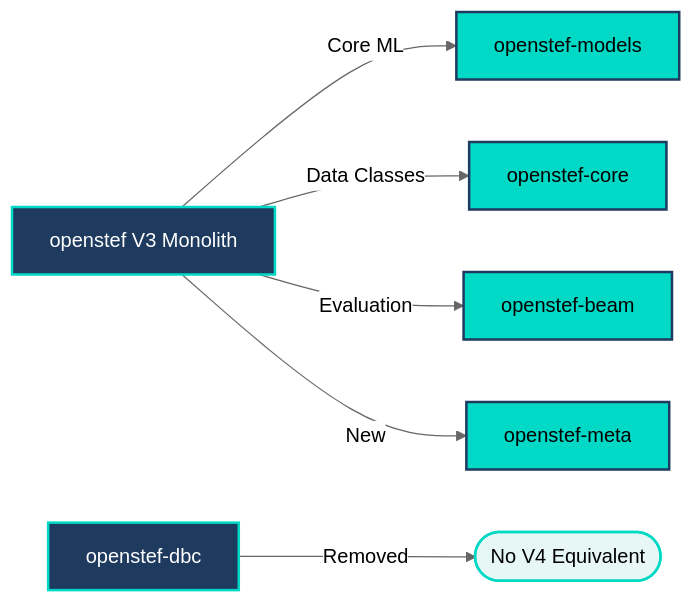
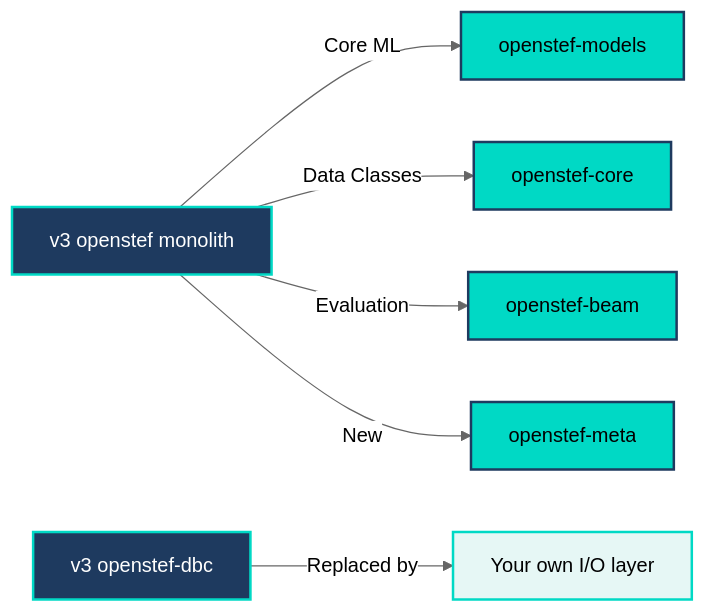
The diagram in docs/source/diagrams/user_guide/getting_started/migration_diagram_1.mmd (OpenSTEF/openstef), drawn with Mermaid (neutral theme) before and after one commit. The commit also changed 7 other files, not shown here.

Commit message:
docs: add generated Mermaid diagrams for release release/v4.0.0

```diff
--- a/docs/source/diagrams/user_guide/getting_started/migration_diagram_1.mmd
+++ b/docs/source/diagrams/user_guide/getting_started/migration_diagram_1.mmd
@@ -1,12 +1,12 @@
 graph LR
-    A[openstef V3 Monolith] -->|Core ML| B[openstef-models]
+    A[v3 openstef monolith] -->|Core ML| B[openstef-models]
     A -->|Data Classes| C[openstef-core]
     A -->|Evaluation| D[openstef-beam]
     A -->|New| E[openstef-meta]
-    F[openstef-dbc] -->|Removed| G([No V4 Equivalent])
+    F[v3 openstef-dbc] -->|Replaced by| G[Your own I/O layer]
     classDef primary fill:#00D9C5,stroke:#1E3A5F,stroke-width:2px,color:#000
     classDef secondary fill:#1E3A5F,stroke:#00D9C5,stroke-width:2px,color:#fff
     classDef accent fill:#e6f7f5,stroke:#00D9C5,stroke-width:2px,color:#000
     class A,F secondary
     class B,C,D,E primary
     class G accent
```
